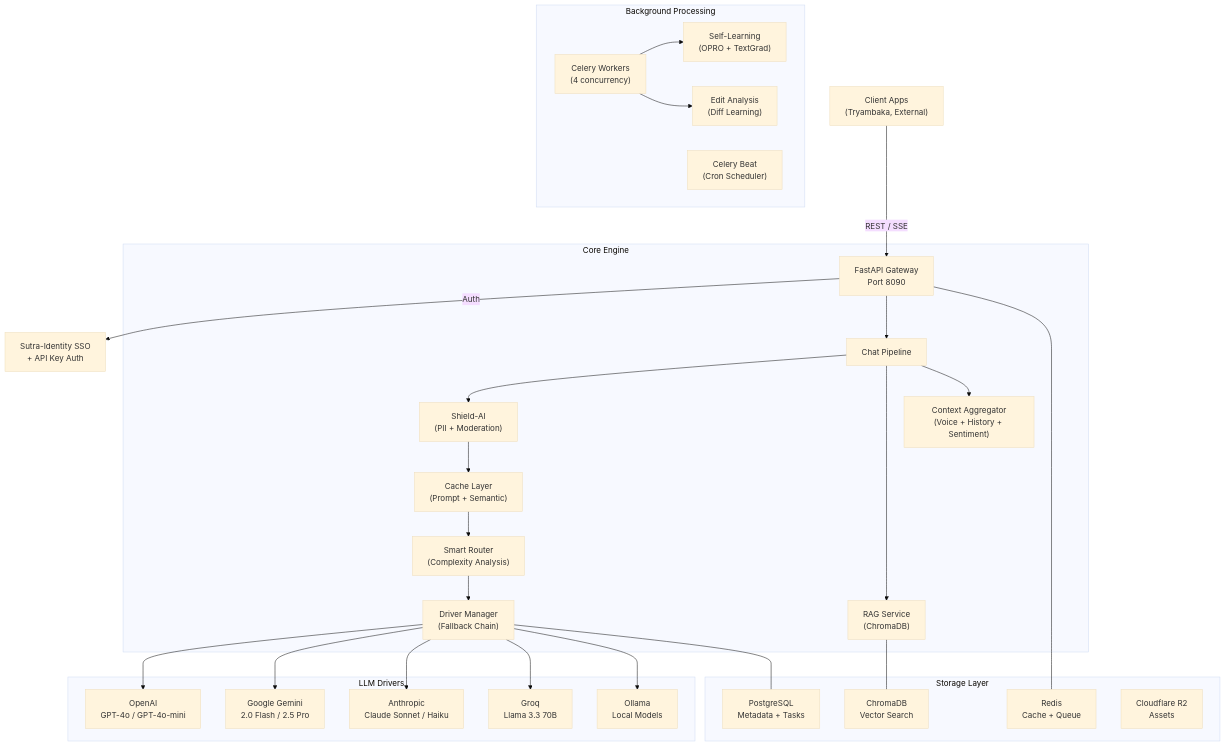
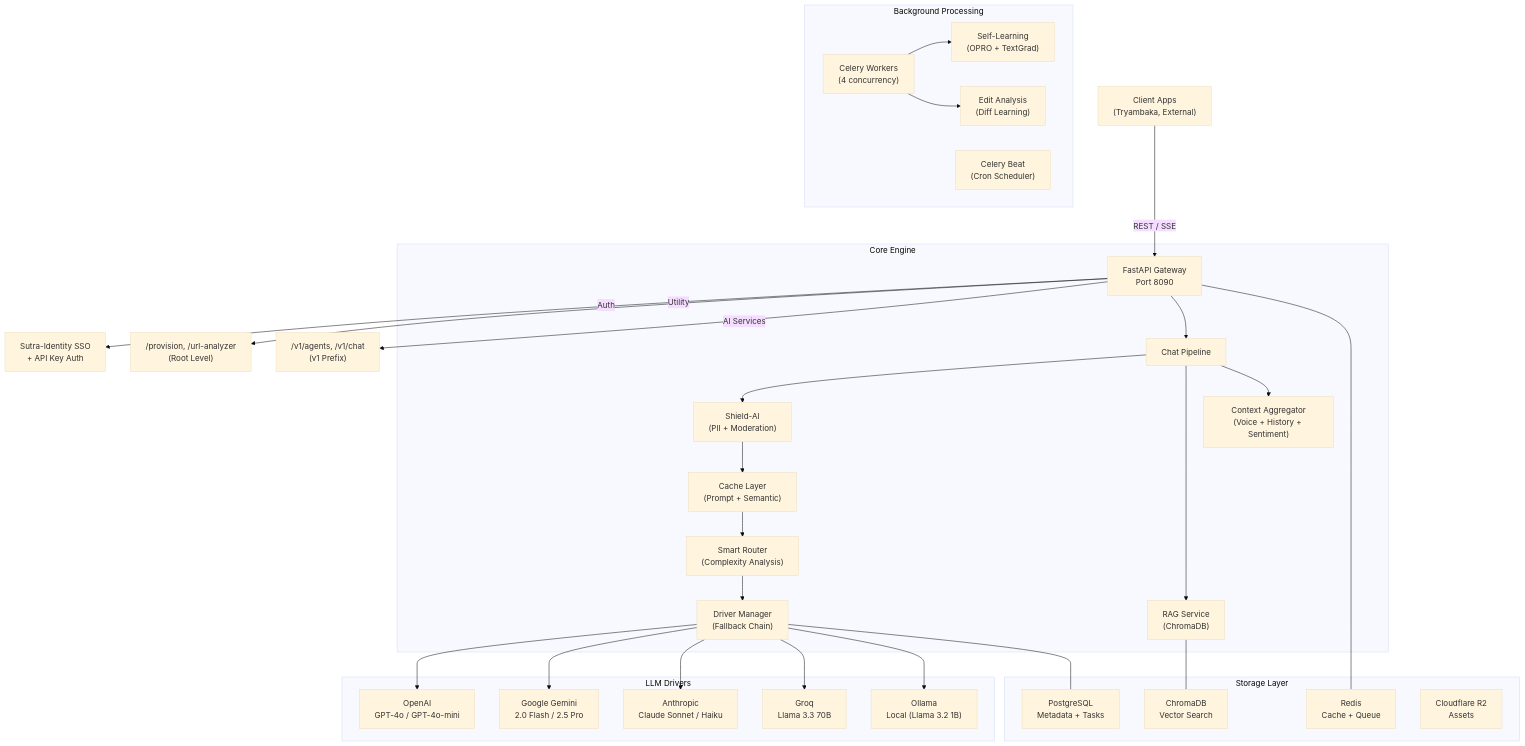
The first of 7 diagrams in docs/developer_docs.md (sutracodehq-ui/sutra-ai-engine), drawn with Mermaid (base theme) before and after one commit. The commit also changed other lines of this file and 3 other files, not shown here.

Commit message:
feat: Centralize API v1 routing under a configurable prefix, update Ollama model details, and clarify chat completion authentication in documentation.

````diff
--- a/docs/developer_docs.md
+++ b/docs/developer_docs.md
@@ -43,41 +43,43 @@
 ```mermaid
 graph TD
     Client["Client Apps<br/>(Tryambaka, External)"] -->|REST / SSE| API["FastAPI Gateway<br/>Port 8090"]
     API -->|Auth| Identity["Sutra-Identity SSO<br/>+ API Key Auth"]
+    API -->|Utility| Utils["/provision, /url-analyzer<br/>(Root Level)"]
+    API -->|AI Services| AIServices["/v1/agents, /v1/chat<br/>(v1 Prefix)"]
     
     subgraph "Core Engine"
         API --> Pipeline["Chat Pipeline"]
         Pipeline --> Safety["Shield-AI<br/>(PII + Moderation)"]
         Safety --> Cache["Cache Layer<br/>(Prompt + Semantic)"]
         Cache --> Router["Smart Router<br/>(Complexity Analysis)"]
         Router --> Drivers["Driver Manager<br/>(Fallback Chain)"]
         Pipeline --> RAG["RAG Service<br/>(ChromaDB)"]
         Pipeline --> Aggregator["Context Aggregator<br/>(Voice + History + Sentiment)"]
     end
     
     subgraph "LLM Drivers"
         Drivers --> OpenAI["OpenAI<br/>GPT-4o / GPT-4o-mini"]
         Drivers --> Gemini["Google Gemini<br/>2.0 Flash / 2.5 Pro"]
         Drivers --> Anthropic["Anthropic<br/>Claude Sonnet / Haiku"]
         Drivers --> Groq["Groq<br/>Llama 3.3 70B"]
-        Drivers --> Ollama["Ollama<br/>Local Models"]
+        Drivers --> Ollama["Ollama<br/>Local (Llama 3.2 1B)"]
     end
     
     subgraph "Storage Layer"
         Postgres["PostgreSQL<br/>Metadata + Tasks"]
         Redis["Redis<br/>Cache + Queue"]
         Chroma["ChromaDB<br/>Vector Search"]
         R2["Cloudflare R2<br/>Assets"]
     end
     
     subgraph "Background Processing"
         Workers["Celery Workers<br/>(4 concurrency)"]
         Beat["Celery Beat<br/>(Cron Scheduler)"]
         Workers --> Learning["Self-Learning<br/>(OPRO + TextGrad)"]
         Workers --> EditDiff["Edit Analysis<br/>(Diff Learning)"]
     end
     
     Drivers --- Postgres
     API --- Redis
     RAG --- Chroma
 ```
````
